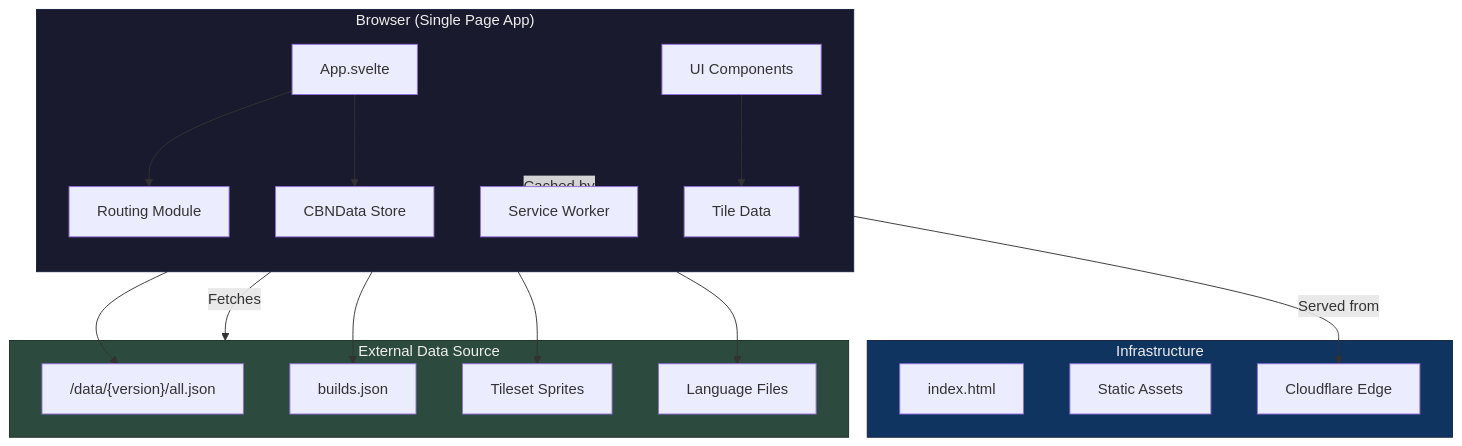
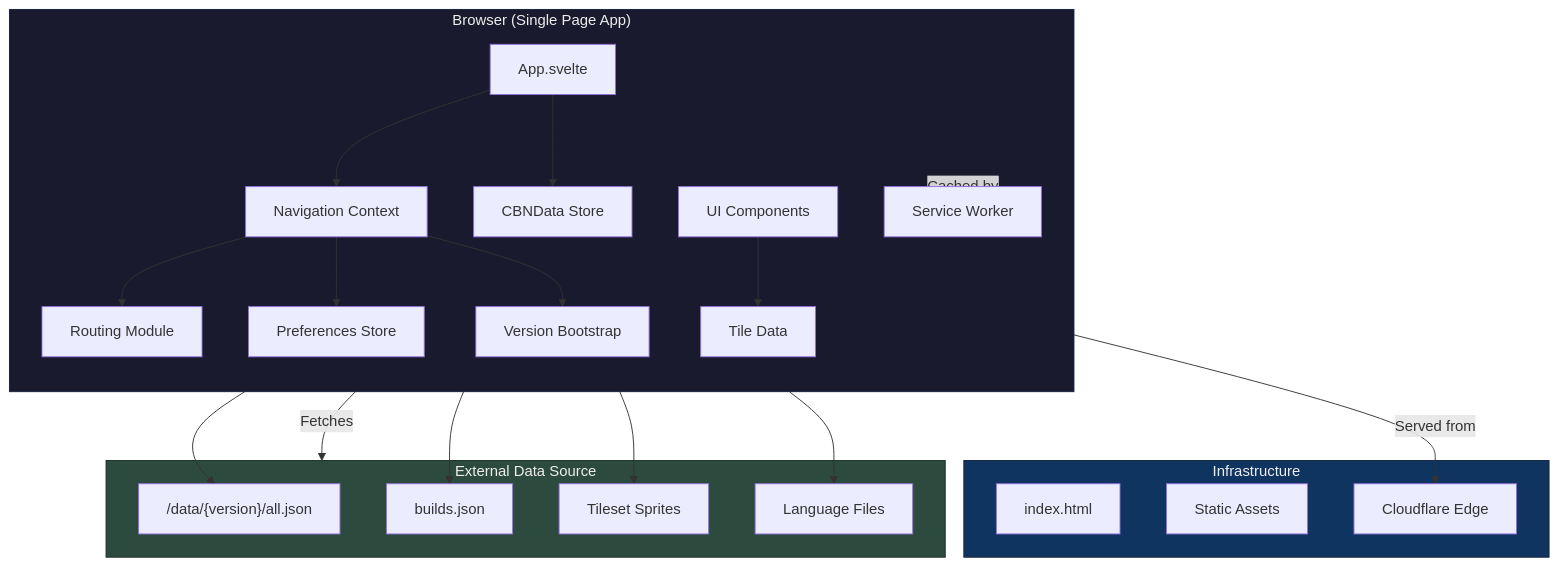
The second of 8 diagrams in docs/architecture.md (ushkinaz/cbn-guide), drawn with Mermaid before and after one commit. The commit also changed other lines of this file and 36 other files, not shown here.

Commit message:
refactor(core): restructure routing, navigation, and bootstrap logic

````diff
--- a/docs/architecture.md
+++ b/docs/architecture.md
@@ -28,42 +28,48 @@
 ```mermaid
 flowchart TB
     subgraph Client["Browser (Single Page App)"]
         direction TB
         App[App.svelte]
         Router[Routing Module]
+        Navigation[Navigation Context]
+        Preferences[Preferences Store]
+        Versioning[Version Bootstrap]
         DataStore[CBNData Store]
         Components[UI Components]
         TileData[Tile Data]
         ServiceWorker[Service Worker]
     end
 
     subgraph Infrastructure["Infrastructure"]
         HTML[index.html]
         Assets[Static Assets]
         Edge[Cloudflare Edge]
     end
 
     subgraph External["External Data Source"]
         GameData["/data/{version}/all.json"]
         Builds[builds.json]
         Tiles[Tileset Sprites]
         Langs[Language Files]
     end
 
-    App --> Router
+    App --> Navigation
+    Navigation --> Router
+    Navigation --> Preferences
+    Navigation --> Versioning
     App --> DataStore
 
-    Router --> Builds
+    Versioning --> Builds
     DataStore --> GameData
     Components --> TileData
     TileData --> Tiles
     App --> Langs
 
     Client -- "Cached by" --> ServiceWorker
     ServiceWorker -- "Served from" --> Edge
     ServiceWorker -- "Fetches" --> External
 
     style Client fill:#1a1a2e,stroke:#16213e,color:#eee
     style Infrastructure fill:#0f3460,stroke:#16213e,color:#eee
     style External fill:#2d4a3e,stroke:#1a2f26,color:#eee
 ```
````
